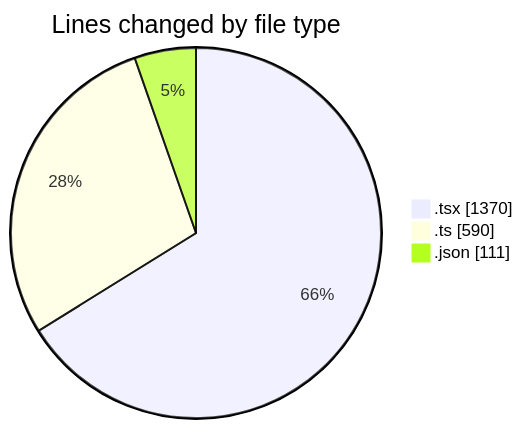
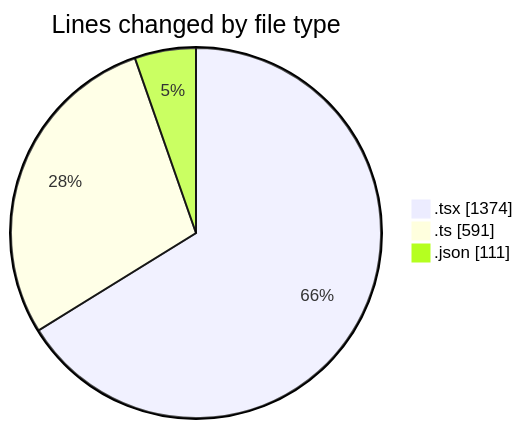
The first of 2 diagrams in 2025-11-08/eventscop-frontend-guide__workspace_/README.md (julien-gomy/code-tracking), drawn with Mermaid before and after one commit. The commit also changed other lines of this file and 1 other file, not shown here.

````diff
--- a/2025-11-08/eventscop-frontend-guide__workspace_/README.md
+++ b/2025-11-08/eventscop-frontend-guide__workspace_/README.md
@@ -34,7 +34,7 @@
 ```mermaid
 pie showData
 title Lines changed by file type
-".tsx" : 1370
-".ts" : 590
+".tsx" : 1374
+".ts" : 591
 ".json" : 111
 ```
````
